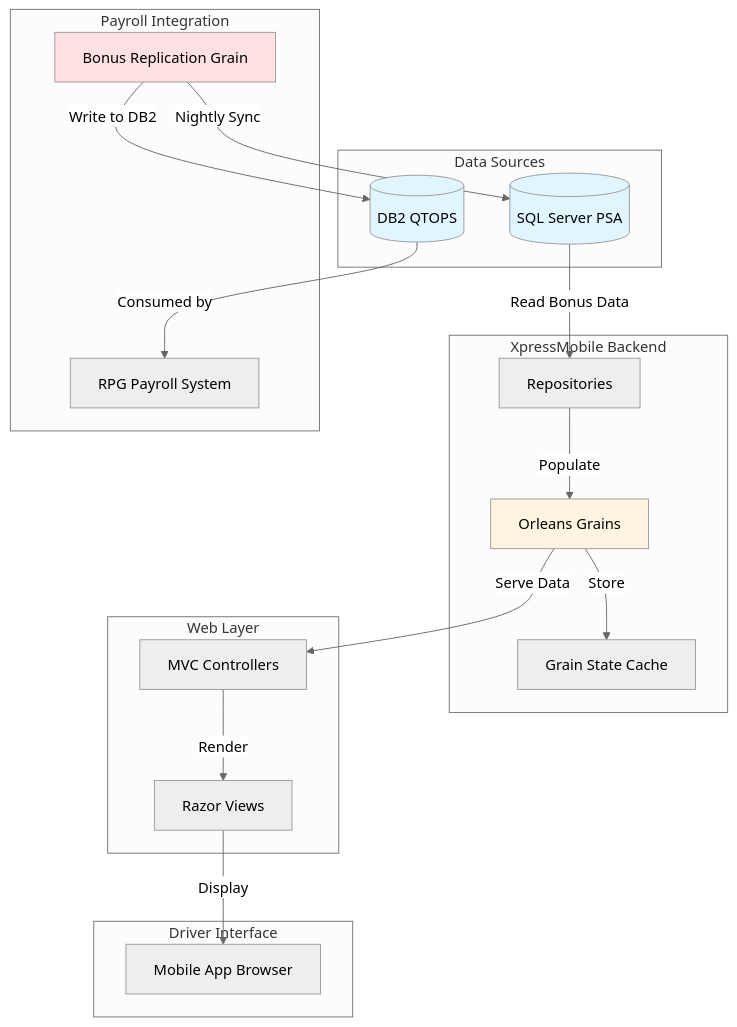
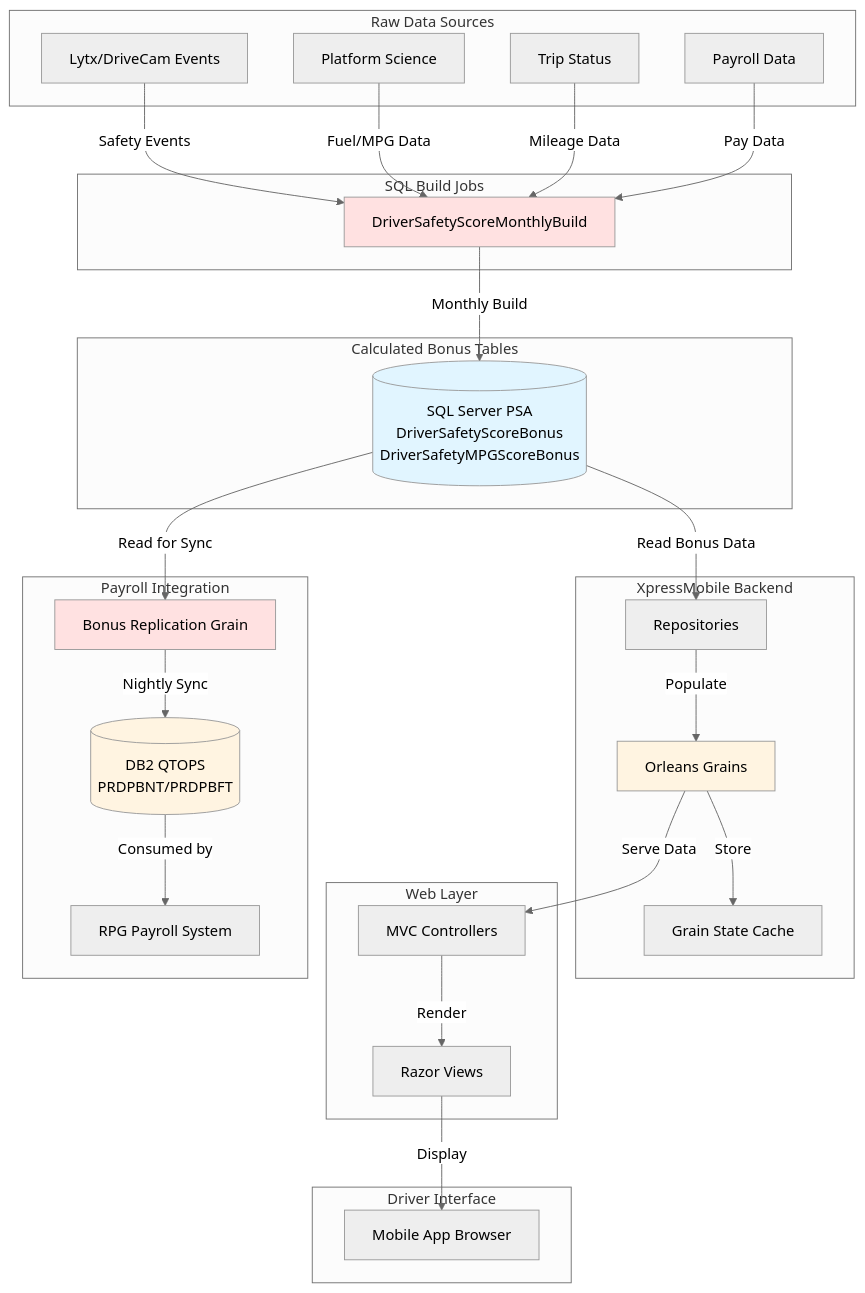
One commit to buddy-james/xm-docs changed the diagram in features/bonus/overview.md. Above: the diagram before and after it, drawn with Mermaid (neutral theme). The commit also changed other lines of this file and 1 other file, not shown here.

Commit message:
Add SQL bonus calculation/build procedures documentation and complete architecture diagrams

````diff
--- a/features/bonus/overview.md
+++ b/features/bonus/overview.md
@@ -16,43 +16,62 @@
 ```mermaid
 graph TB
-    subgraph "Data Sources"
-        PSA[(SQL Server PSA)]
-        DB2[(DB2 QTOPS)]
+    subgraph "Raw Data Sources"
+        Lytx[Lytx/DriveCam Events]
+        PlatSci[Platform Science]
+        TripData[Trip Status]
+        Payroll[Payroll Data]
+    end
+    
+    subgraph "SQL Build Jobs"
+        BuildJob[DriverSafetyScoreMonthlyBuild]
+    end
+    
+    subgraph "Calculated Bonus Tables"
+        PSA[(SQL Server PSA<br/>DriverSafetyScoreBonus<br/>DriverSafetyMPGScoreBonus)]
     end
     
     subgraph "XpressMobile Backend"
         Repos[Repositories]
         Grains[Orleans Grains]
         Cache[Grain State Cache]
     end
     
     subgraph "Web Layer"
         Controllers[MVC Controllers]
         Views[Razor Views]
     end
     
     subgraph "Driver Interface"
         Mobile[Mobile App Browser]
     end
     
     subgraph "Payroll Integration"
         Replication[Bonus Replication Grain]
+        DB2[(DB2 QTOPS<br/>PRDPBNT/PRDPBFT)]
         RPG[RPG Payroll System]
     end
+    
+    Lytx -->|Safety Events| BuildJob
+    PlatSci -->|Fuel/MPG Data| BuildJob
+    TripData -->|Mileage Data| BuildJob
+    Payroll -->|Pay Data| BuildJob
+    
+    BuildJob -->|Monthly Build| PSA
     
     PSA -->|Read Bonus Data| Repos
     Repos -->|Populate| Grains
     Grains -->|Store| Cache
     Grains -->|Serve Data| Controllers
     Controllers -->|Render| Views
     Views -->|Display| Mobile
     
-    Replication -->|Nightly Sync| PSA
-    Replication -->|Write to DB2| DB2
+    PSA -->|Read for Sync| Replication
+    Replication -->|Nightly Sync| DB2
     DB2 -->|Consumed by| RPG
     
+    style BuildJob fill:#ffe1e1
     style PSA fill:#e1f5ff
-    style DB2 fill:#e1f5ff
+    style DB2 fill:#fff4e1
     style Grains fill:#fff4e1
     style Replication fill:#ffe1e1
 ```
````
